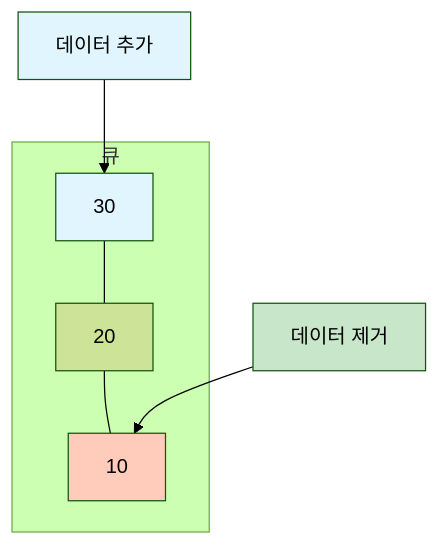
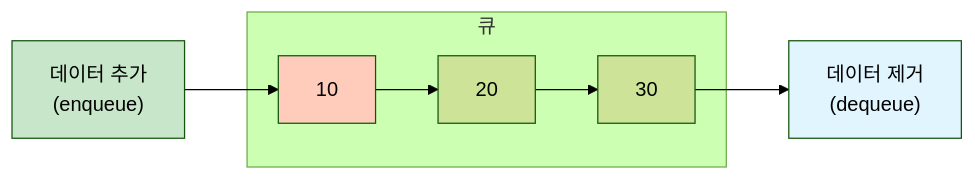
Before and after one commit to nugurejeil/weniVooks: the fourth of 6 diagrams in _md/essentials-codingtest/chapter03/03-2.md, drawn with Mermaid (forest theme). The commit also changed other lines of this file and 6 other files, not shown here.

````diff
--- a/_md/essentials-codingtest/chapter03/03-2.md
+++ b/_md/essentials-codingtest/chapter03/03-2.md
@@ -169,19 +169,15 @@
 ```mermaid
-graph TD
+graph LR
+    D["데이터 추가<br/>(enqueue)"] --> A
+
     subgraph "큐"
-        A["30"]
-        B["20"]
-        C["10"]
-
-        A --- B
-        B --- C
+        A["10"] --> B["20"]
+        B --> C["30"]
     end
 
-    D["데이터 추가"] --> A
-    E["데이터 제거"] --> C
+    C --> E["데이터 제거<br/>(dequeue)"]
 
-    style A fill:#e1f5ff
-    style C fill:#ffccbc
-    style D fill:#e1f5ff
-    style E fill:#c8e6c9
+    style A fill:#ffccbc
+    style D fill:#c8e6c9
+    style E fill:#e1f5ff
 ```
````
